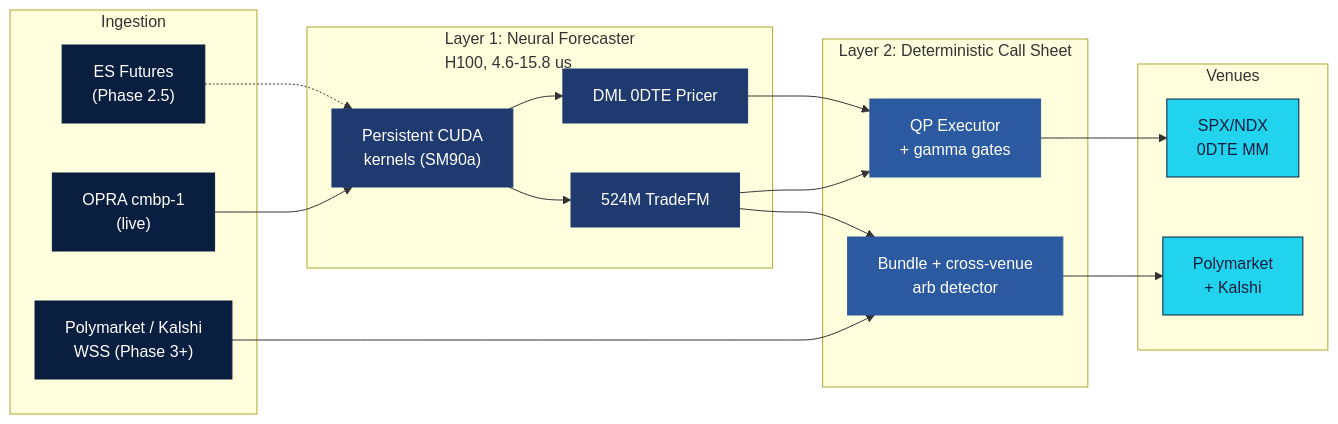
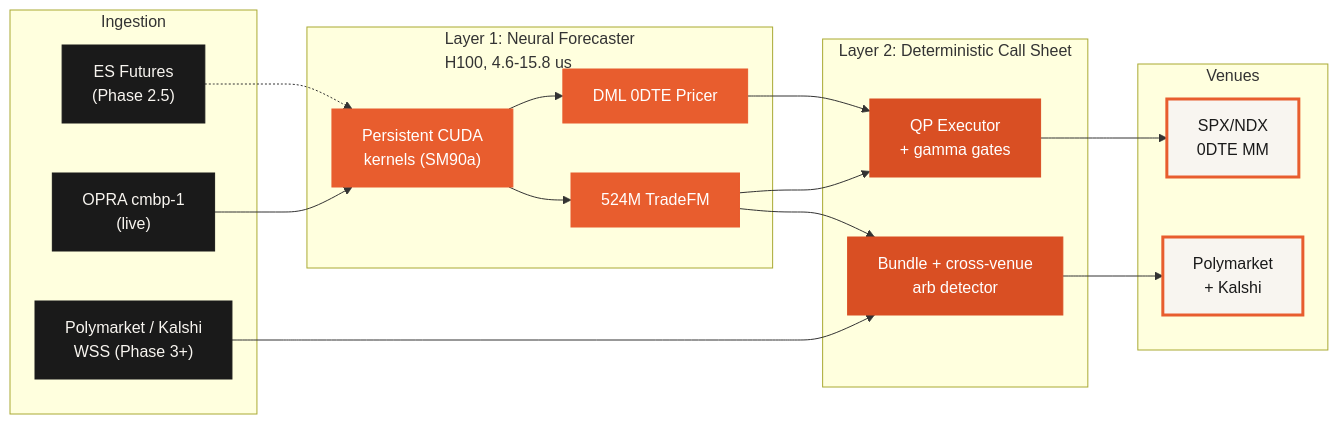
The diagram in README.md (nahomar/silicon-alpha), drawn with Mermaid before and after one commit. The commit also changed other lines of this file and 1 other file, not shown here.

Commit message:
architecture: switch diagram to HRT orange + near-black palette
The prior deep-navy-through-cyan palette was a guess based on generic
quant-finance aesthetics. HRT's actual brand is orange-forward (warm
saturated orange as the primary accent, near-black backgrounds, warm
cream for terminal elements).

New palette applied to both README.md and docs/architecture.md diagrams:
  - Ingestion layer: near-black #1A1A1A / cream #F8F5F0 text (foundation)
  - Neural Forecaster: HRT orange #E85D2E / white (the featured tier)
  - Call Sheet: deep orange #D94F23 / white (mid tier)
  - Strategic (Phase 4, design-only): peach #F4A261 + dashed deep-orange
    stroke (visually distinct from live layers)
  - Venues: warm cream #F8F5F0 with 3px orange border (output anchors)

Legend in docs/architecture.md updated to match the new palette with a
short rationale for each color choice.

````diff
--- a/README.md
+++ b/README.md
@@ -16,41 +16,41 @@
 ```mermaid
 flowchart LR
     subgraph DATA["Ingestion"]
         OPRA["OPRA cmbp-1<br/>(live)"]
         ES["ES Futures<br/>(Phase 2.5)"]
         PKWS["Polymarket / Kalshi<br/>WSS (Phase 3+)"]
     end
 
     subgraph FORECAST["Layer 1: Neural Forecaster<br/>H100, 4.6-15.8 us"]
         KERNEL["Persistent CUDA<br/>kernels (SM90a)"]
         TFM["524M TradeFM"]
         DML["DML 0DTE Pricer"]
     end
 
     subgraph EXEC["Layer 2: Deterministic Call Sheet"]
         QP["QP Executor<br/>+ gamma gates"]
         ARB["Bundle + cross-venue<br/>arb detector"]
     end
 
     subgraph VEN["Venues"]
         SPX["SPX/NDX<br/>0DTE MM"]
         PRED["Polymarket<br/>+ Kalshi"]
     end
 
     OPRA --> KERNEL
     ES -.-> KERNEL
     PKWS --> ARB
     KERNEL --> TFM --> QP --> SPX
     TFM --> ARB --> PRED
     KERNEL --> DML --> QP
 
-    classDef data fill:#0a1e3f,stroke:#0a1e3f,color:#ffffff
-    classDef layer1 fill:#1e3a6f,stroke:#1e3a6f,color:#ffffff
-    classDef layer2 fill:#2c5aa0,stroke:#2c5aa0,color:#ffffff
-    classDef venue fill:#22d3ee,stroke:#0a1e3f,color:#0a1e3f
+    classDef data fill:#1A1A1A,stroke:#1A1A1A,color:#F8F5F0
+    classDef layer1 fill:#E85D2E,stroke:#E85D2E,color:#ffffff
+    classDef layer2 fill:#D94F23,stroke:#D94F23,color:#ffffff
+    classDef venue fill:#F8F5F0,stroke:#E85D2E,stroke-width:3px,color:#1A1A1A
 
     class OPRA,ES,PKWS data
     class KERNEL,TFM,DML layer1
     class QP,ARB layer2
     class SPX,PRED venue
 ```
````
